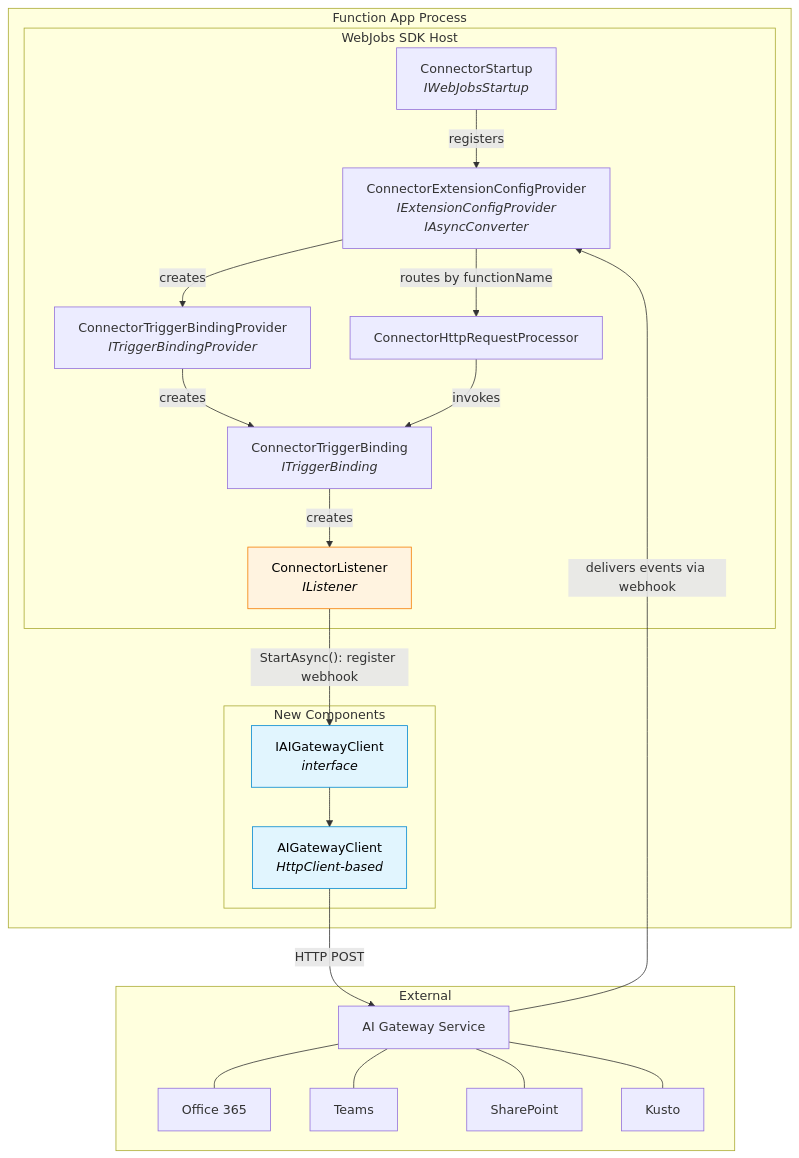
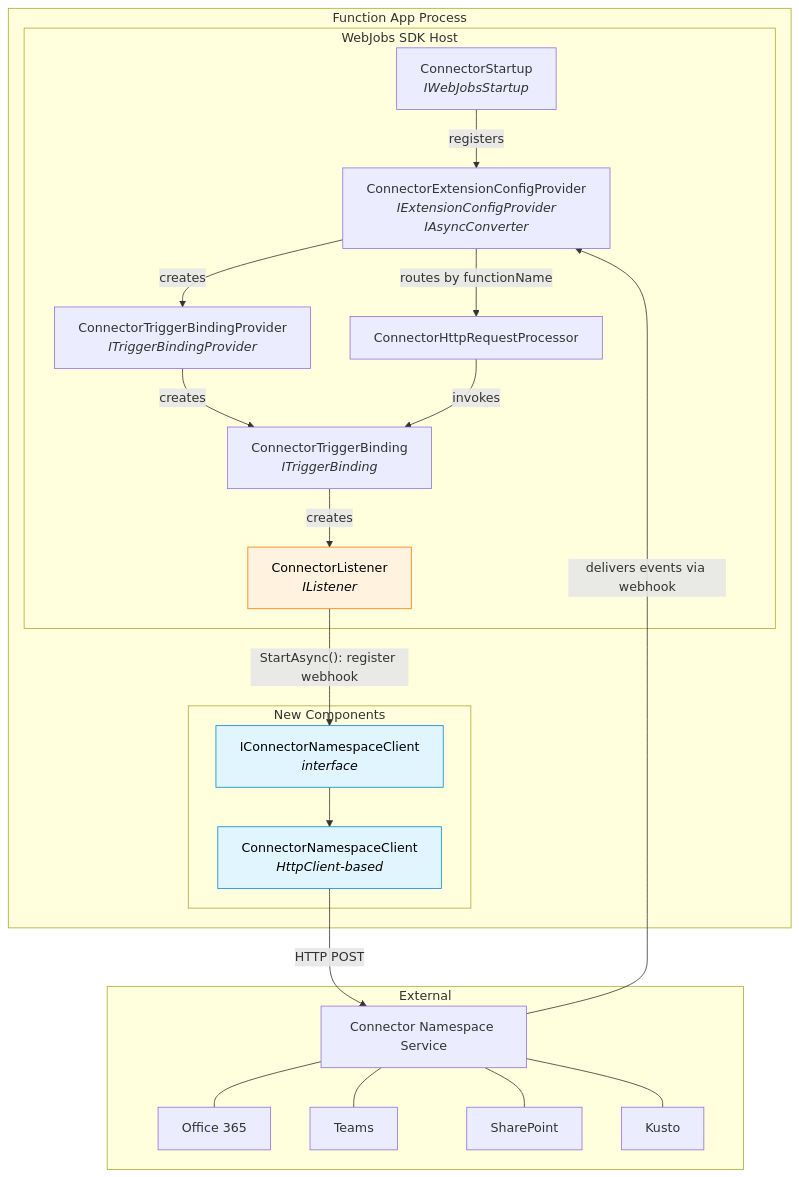
The fifth of 9 diagrams in docs/webhook-auto-registration-design.md (Azure/azure-functions-connector-extension), drawn with Mermaid before and after one commit. The commit also changed other lines of this file and 3 other files, not shown here.

````diff
--- a/docs/webhook-auto-registration-design.md
+++ b/docs/webhook-auto-registration-design.md
@@ -139,48 +145,48 @@
 ```mermaid
 graph TB
     subgraph "Function App Process"
         subgraph "WebJobs SDK Host"
             Startup["ConnectorStartup<br/><i>IWebJobsStartup</i>"]
             ConfigProvider["ConnectorExtensionConfigProvider<br/><i>IExtensionConfigProvider</i><br/><i>IAsyncConverter</i>"]
             BindingProvider["ConnectorTriggerBindingProvider<br/><i>ITriggerBindingProvider</i>"]
             Binding["ConnectorTriggerBinding<br/><i>ITriggerBinding</i>"]
             Listener["ConnectorListener<br/><i>IListener</i>"]
             HttpProcessor["ConnectorHttpRequestProcessor"]
         end
         
         subgraph "New Components"
-            GWClient["IAIGatewayClient<br/><i>interface</i>"]
-            GWImpl["AIGatewayClient<br/><i>HttpClient-based</i>"]
+            GWClient["IConnectorNamespaceClient<br/><i>interface</i>"]
+            GWImpl["ConnectorNamespaceClient<br/><i>HttpClient-based</i>"]
         end
     end
 
     subgraph "External"
-        Gateway["AI Gateway Service"]
+        Gateway["Connector Namespace Service"]
         O365["Office 365"]
         Teams["Teams"]
         SPO["SharePoint"]
         Kusto["Kusto"]
     end
 
     Startup -->|registers| ConfigProvider
     ConfigProvider -->|creates| BindingProvider
     BindingProvider -->|creates| Binding
     Binding -->|creates| Listener
     
     Listener -->|"StartAsync(): register webhook"| GWClient
     GWClient --> GWImpl
     GWImpl -->|"HTTP POST"| Gateway
     
     Gateway -->|"delivers events via webhook"| ConfigProvider
     ConfigProvider -->|routes by functionName| HttpProcessor
     HttpProcessor -->|invokes| Binding
     
     Gateway --- O365
     Gateway --- Teams
     Gateway --- SPO
     Gateway --- Kusto
 
     style GWClient fill:#e1f5fe,stroke:#0288d1,color:#000
     style GWImpl fill:#e1f5fe,stroke:#0288d1,color:#000
     style Listener fill:#fff3e0,stroke:#f57c00,color:#000
 ```
````
